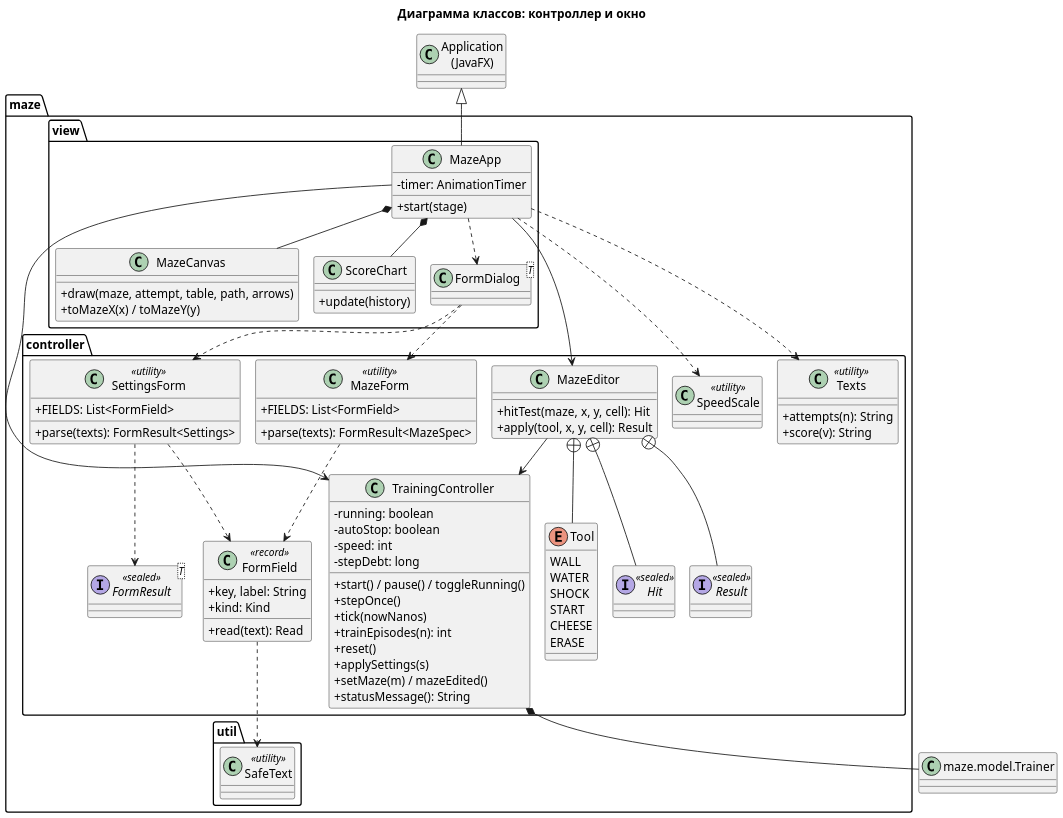
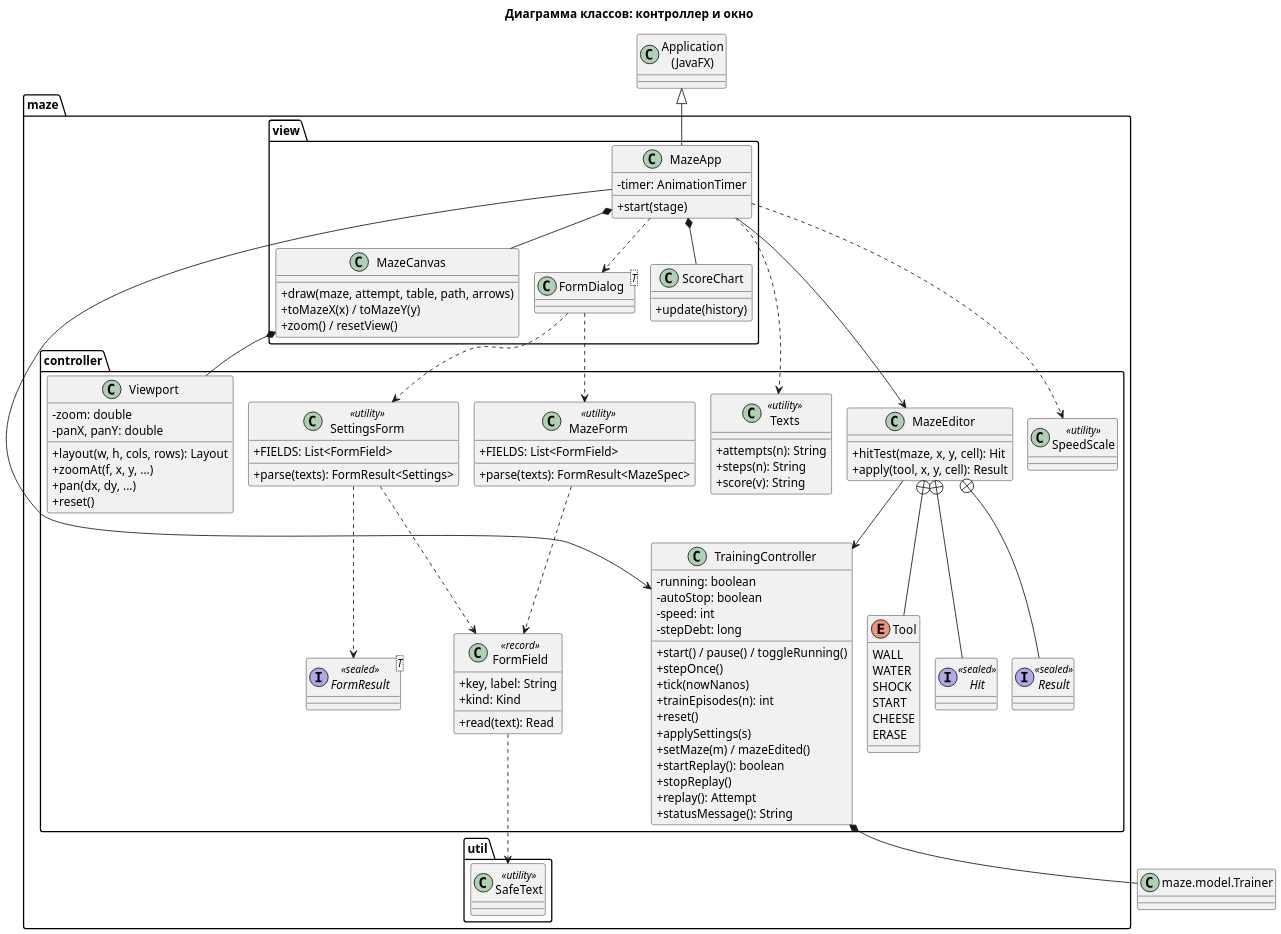
The diagram in docs/uml/class_app.puml (azatmn/mouse-maze), drawn with PlantUML before and after one commit. The commit also changed 22 other files, not shown here.

Commit message:
docs: refresh screenshots, UML, report and presentation for replay, zoom and PT Sans

```diff
--- a/docs/uml/class_app.puml
+++ b/docs/uml/class_app.puml
@@ -1,100 +1,114 @@
 @startuml class_app
 !pragma layout smetana
 skinparam dpi 150
 skinparam defaultFontName Arial
 skinparam shadowing false
 skinparam classAttributeIconSize 0
 title Диаграмма классов: контроллер и окно
 
 package maze.controller {
   class TrainingController {
     -running: boolean
     -autoStop: boolean
     -speed: int
     -stepDebt: long
     +start() / pause() / toggleRunning()
     +stepOnce()
     +tick(nowNanos)
     +trainEpisodes(n): int
     +reset()
     +applySettings(s)
     +setMaze(m) / mazeEdited()
+    +startReplay(): boolean
+    +stopReplay()
+    +replay(): Attempt
     +statusMessage(): String
+  }
+  class Viewport {
+    -zoom: double
+    -panX, panY: double
+    +layout(w, h, cols, rows): Layout
+    +zoomAt(f, x, y, ...)
+    +pan(dx, dy, ...)
+    +reset()
   }
   class MazeEditor {
     +hitTest(maze, x, y, cell): Hit
     +apply(tool, x, y, cell): Result
   }
   enum Tool {
     WALL
     WATER
     SHOCK
     START
     CHEESE
     ERASE
   }
   interface "Hit" as Hit <<sealed>>
   interface "Result" as Result <<sealed>>
   class FormField <<record>> {
     +key, label: String
     +kind: Kind
     +read(text): Read
   }
   interface "FormResult<T>" as FormResult <<sealed>>
   class SettingsForm <<utility>> {
     +FIELDS: List<FormField>
     +parse(texts): FormResult<Settings>
   }
   class MazeForm <<utility>> {
     +FIELDS: List<FormField>
     +parse(texts): FormResult<MazeSpec>
   }
   class SpeedScale <<utility>>
   class Texts <<utility>> {
     +attempts(n): String
+    +steps(n): String
     +score(v): String
   }
 }
 
 package maze.view {
   class MazeApp {
     -timer: AnimationTimer
     +start(stage)
   }
   class MazeCanvas {
     +draw(maze, attempt, table, path, arrows)
     +toMazeX(x) / toMazeY(y)
+    +zoom() / resetView()
   }
   class ScoreChart {
     +update(history)
   }
   class "FormDialog<T>" as FormDialog
 }
 
 package maze.util {
   class SafeText <<utility>>
 }
 
 class "Application\n(JavaFX)" as App
 class "maze.model.Trainer" as Trainer
 
 App <|-- MazeApp
 MazeApp *-- MazeCanvas
+MazeCanvas *-- Viewport
 MazeApp *-- ScoreChart
 MazeApp --> TrainingController
 MazeApp --> MazeEditor
 MazeApp ..> FormDialog
 FormDialog ..> SettingsForm
 FormDialog ..> MazeForm
 MazeEditor --> TrainingController
 MazeEditor +-- Tool
 MazeEditor +-- Hit
 MazeEditor +-- Result
 TrainingController *-- Trainer
 SettingsForm ..> FormField
 MazeForm ..> FormField
 SettingsForm ..> FormResult
 FormField ..> SafeText
 MazeApp ..> SpeedScale
 MazeApp ..> Texts
 @enduml
```
